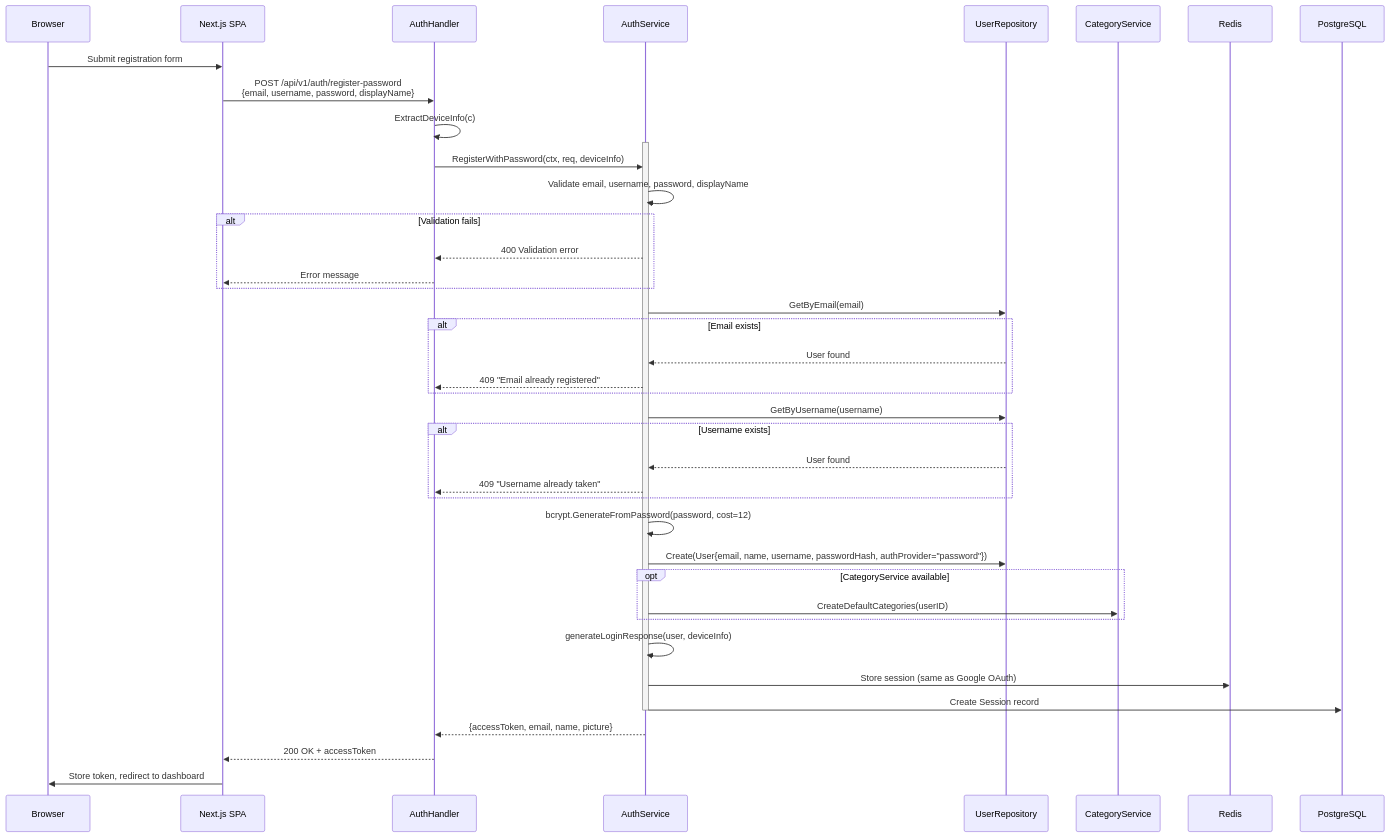
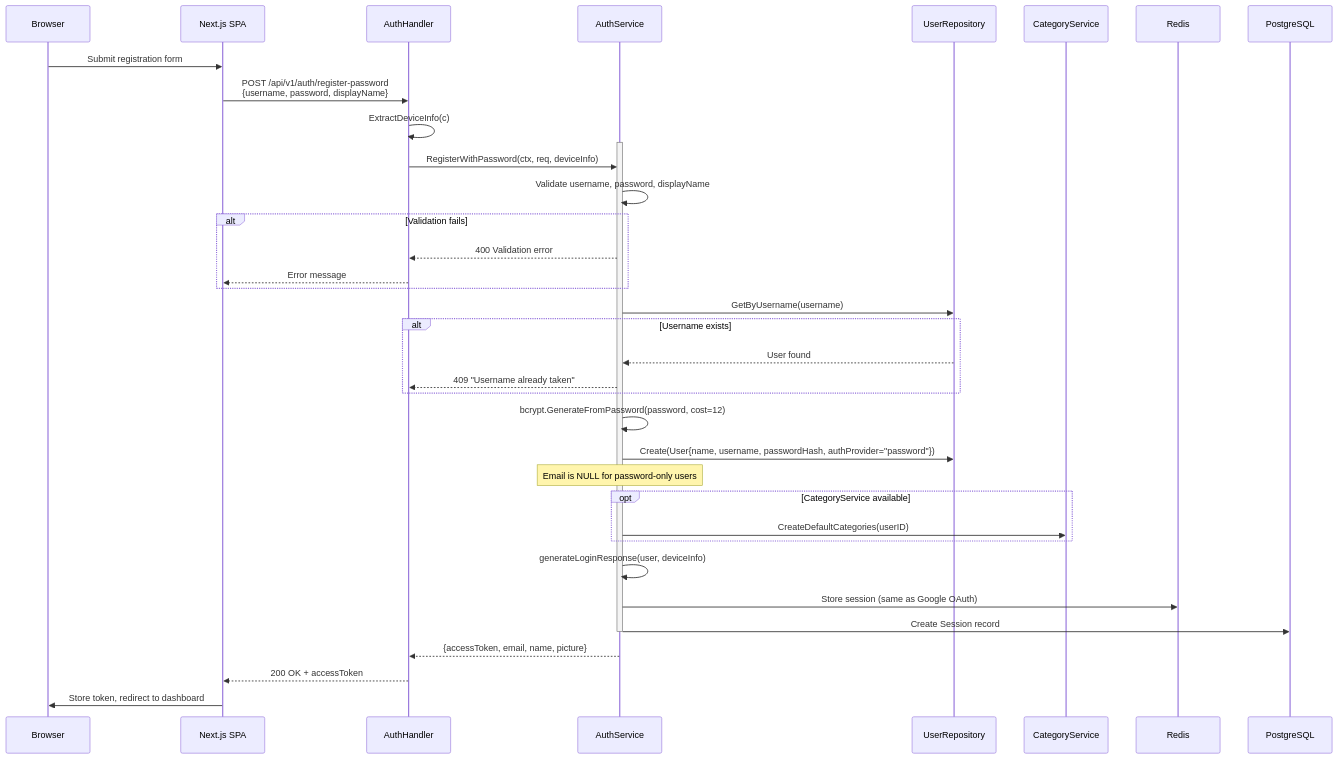
Before and after one commit to khanhnq1406/wealth-journey: the fourth of 7 diagrams in docs/architecture/flow-auth.md, drawn with Mermaid. The commit also changed other lines of this file and 2 other files, not shown here.

First line of the commit message:
docs(arch): update auth flow diagrams for email removal

````diff
--- a/docs/architecture/flow-auth.md
+++ b/docs/architecture/flow-auth.md
@@ -261,51 +261,46 @@
 ```mermaid
 sequenceDiagram
     participant Browser
     participant SPA as Next.js SPA
     participant Handler as AuthHandler
     participant Auth as AuthService
     participant UserRepo as UserRepository
     participant CatSvc as CategoryService
     participant Redis
     participant DB as PostgreSQL
 
     Browser->>SPA: Submit registration form
-    SPA->>Handler: POST /api/v1/auth/register-password<br/>{email, username, password, displayName}
+    SPA->>Handler: POST /api/v1/auth/register-password<br/>{username, password, displayName}
     Handler->>Handler: ExtractDeviceInfo(c)
 
     activate Auth
     Handler->>Auth: RegisterWithPassword(ctx, req, deviceInfo)
-    Auth->>Auth: Validate email, username, password, displayName
+    Auth->>Auth: Validate username, password, displayName
     alt Validation fails
         Auth-->>Handler: 400 Validation error
         Handler-->>SPA: Error message
-    end
-
-    Auth->>UserRepo: GetByEmail(email)
-    alt Email exists
-        UserRepo-->>Auth: User found
-        Auth-->>Handler: 409 "Email already registered"
     end
 
     Auth->>UserRepo: GetByUsername(username)
     alt Username exists
         UserRepo-->>Auth: User found
         Auth-->>Handler: 409 "Username already taken"
     end
 
     Auth->>Auth: bcrypt.GenerateFromPassword(password, cost=12)
-    Auth->>UserRepo: Create(User{email, name, username, passwordHash, authProvider="password"})
+    Auth->>UserRepo: Create(User{name, username, passwordHash, authProvider="password"})
+    Note over Auth: Email is NULL for password-only users
 
     opt CategoryService available
         Auth->>CatSvc: CreateDefaultCategories(userID)
     end
 
     Auth->>Auth: generateLoginResponse(user, deviceInfo)
     Auth->>Redis: Store session (same as Google OAuth)
     Auth->>DB: Create Session record
     deactivate Auth
 
     Auth-->>Handler: {accessToken, email, name, picture}
     Handler-->>SPA: 200 OK + accessToken
     SPA->>Browser: Store token, redirect to dashboard
 ```
````
